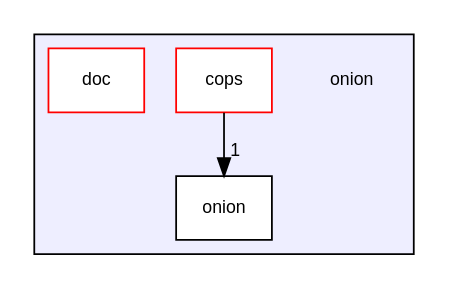
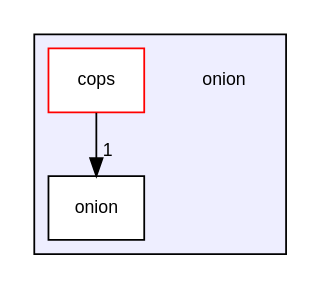
One commit to OnionFramework/OnionFramework.github.io changed the diagram in dir_768391f28944dce58af16eb0f1f9e6f7_dep.dot. Above: the diagram before and after it, drawn with Graphviz. The commit also changed 233 other files, not shown here.

```diff
--- a/dir_768391f28944dce58af16eb0f1f9e6f7_dep.dot
+++ b/dir_768391f28944dce58af16eb0f1f9e6f7_dep.dot
@@ -1,13 +1,12 @@
 digraph "/Users/ladeira/Documents/src/onion" {
   compound=true
   node [ fontsize="10", fontname="Helvetica"];
   edge [ labelfontsize="10", labelfontname="Helvetica"];
   subgraph clusterdir_768391f28944dce58af16eb0f1f9e6f7 {
     graph [ bgcolor="#eeeeff", pencolor="black", label="" URL="dir_768391f28944dce58af16eb0f1f9e6f7.html"];
     dir_768391f28944dce58af16eb0f1f9e6f7 [shape=plaintext label="onion"];
     dir_85956902490f597b4eb5733f3dffc513 [shape=box label="cops" color="red" fillcolor="white" style="filled" URL="dir_85956902490f597b4eb5733f3dffc513.html"];
-    dir_bda57db7ac88f071ac45cf1ed4fb631a [shape=box label="doc" color="red" fillcolor="white" style="filled" URL="dir_bda57db7ac88f071ac45cf1ed4fb631a.html"];
     dir_aa03dd98a0e33e4b253be7365e0e36b3 [shape=box label="onion" color="black" fillcolor="white" style="filled" URL="dir_aa03dd98a0e33e4b253be7365e0e36b3.html"];
   }
-  dir_85956902490f597b4eb5733f3dffc513->dir_aa03dd98a0e33e4b253be7365e0e36b3 [headlabel="1", labeldistance=1.5 headhref="dir_000001_000009.html"];
+  dir_85956902490f597b4eb5733f3dffc513->dir_aa03dd98a0e33e4b253be7365e0e36b3 [headlabel="1", labeldistance=1.5 headhref="dir_000001_000007.html"];
 }
```
